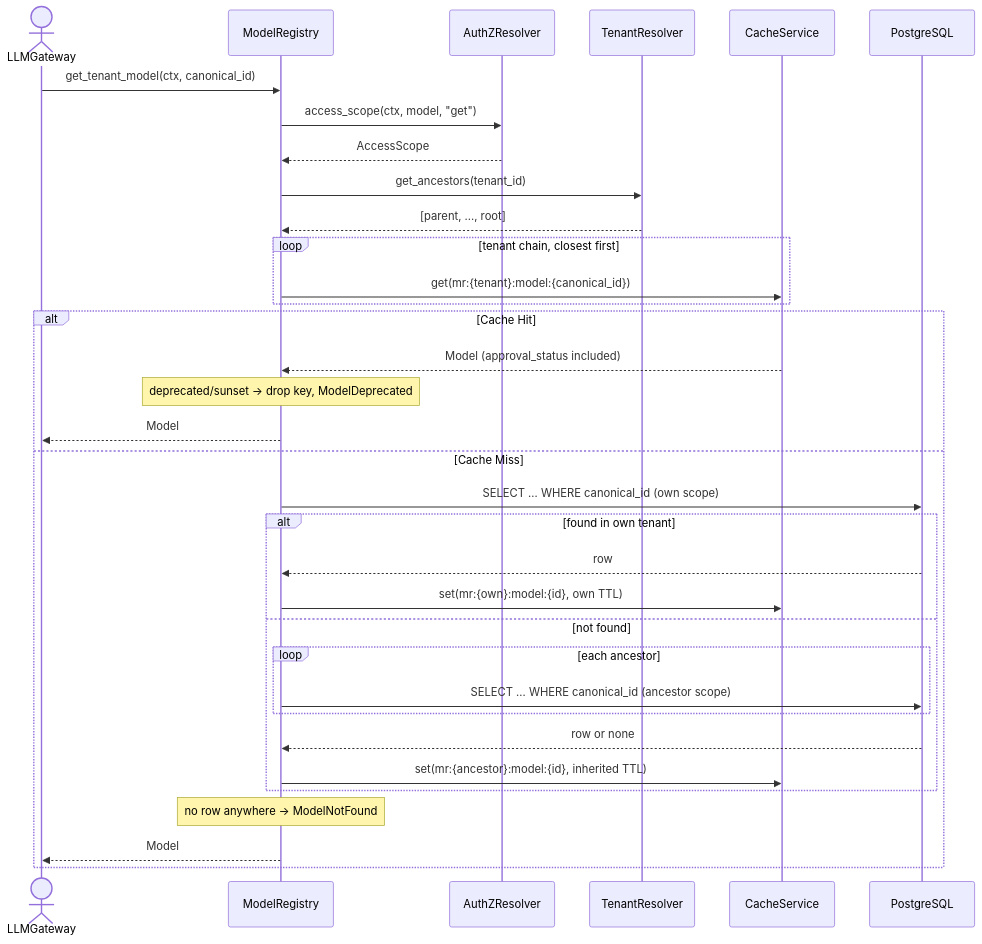
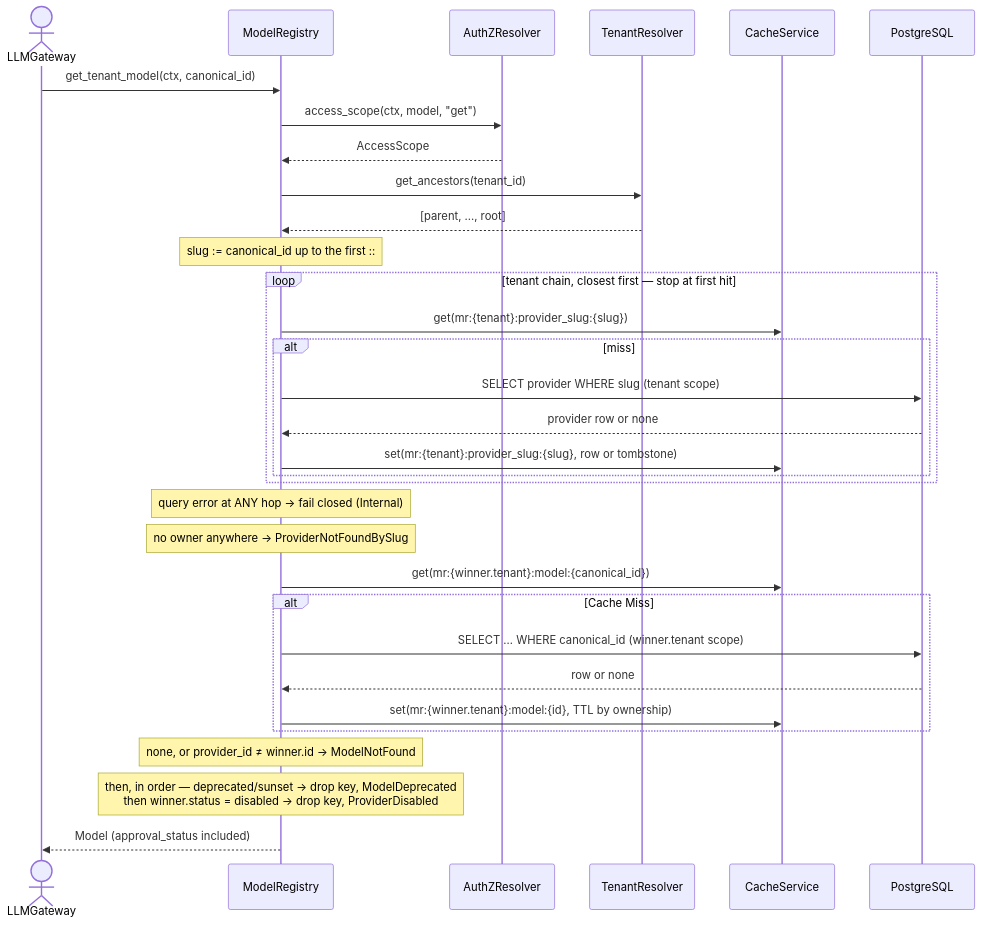
One commit to Qilin101/gears-rust changed the third of 9 diagrams in gears/model-registry/docs/DESIGN.md. Above: the diagram before and after it, drawn with Mermaid. The commit also changed other lines of this file and 1 other file, not shown here.

Commit message:
describe provider shadowing

````diff
--- a/gears/model-registry/docs/DESIGN.md
+++ b/gears/model-registry/docs/DESIGN.md
@@ -818,38 +942,38 @@
 ```mermaid
 sequenceDiagram
     actor LLMGateway
     participant MR as ModelRegistry
     participant PDP as AuthZResolver
     participant Tenant as TenantResolver
     participant Cache as CacheService
     participant DB as PostgreSQL
 
     LLMGateway->>MR: get_tenant_model(ctx, canonical_id)
     MR->>PDP: access_scope(ctx, model, "get")
     PDP-->>MR: AccessScope
     MR->>Tenant: get_ancestors(tenant_id)
     Tenant-->>MR: [parent, ..., root]
 
-    loop tenant chain, closest first
-        MR->>Cache: get(mr:{tenant}:model:{canonical_id})
+    note over MR: slug := canonical_id up to the first ::
+
+    loop tenant chain, closest first — stop at first hit
+        MR->>Cache: get(mr:{tenant}:provider_slug:{slug})
+        alt miss
+            MR->>DB: SELECT provider WHERE slug (tenant scope)
+            DB-->>MR: provider row or none
+            MR->>Cache: set(mr:{tenant}:provider_slug:{slug}, row or tombstone)
+        end
     end
-    alt Cache Hit
-        Cache-->>MR: Model (approval_status included)
-        note over MR: deprecated/sunset → drop key, ModelDeprecated
-        MR-->>LLMGateway: Model
-    else Cache Miss
-        MR->>DB: SELECT … WHERE canonical_id (own scope)
-        alt found in own tenant
-            DB-->>MR: row
-            MR->>Cache: set(mr:{own}:model:{id}, own TTL)
-        else not found
-            loop each ancestor
-                MR->>DB: SELECT … WHERE canonical_id (ancestor scope)
-            end
-            DB-->>MR: row or none
-            MR->>Cache: set(mr:{ancestor}:model:{id}, inherited TTL)
-        end
-        note over MR: no row anywhere → ModelNotFound
-        MR-->>LLMGateway: Model
+    note over MR: query error at ANY hop → fail closed (Internal)
+    note over MR: no owner anywhere → ProviderNotFoundBySlug
+
+    MR->>Cache: get(mr:{winner.tenant}:model:{canonical_id})
+    alt Cache Miss
+        MR->>DB: SELECT … WHERE canonical_id (winner.tenant scope)
+        DB-->>MR: row or none
+        MR->>Cache: set(mr:{winner.tenant}:model:{id}, TTL by ownership)
     end
+    note over MR: none, or provider_id ≠ winner.id → ModelNotFound
+    note over MR: then, in order — deprecated/sunset → drop key, ModelDeprecated<br/>then winner.status = disabled → drop key, ProviderDisabled
+    MR-->>LLMGateway: Model (approval_status included)
 ```
````
